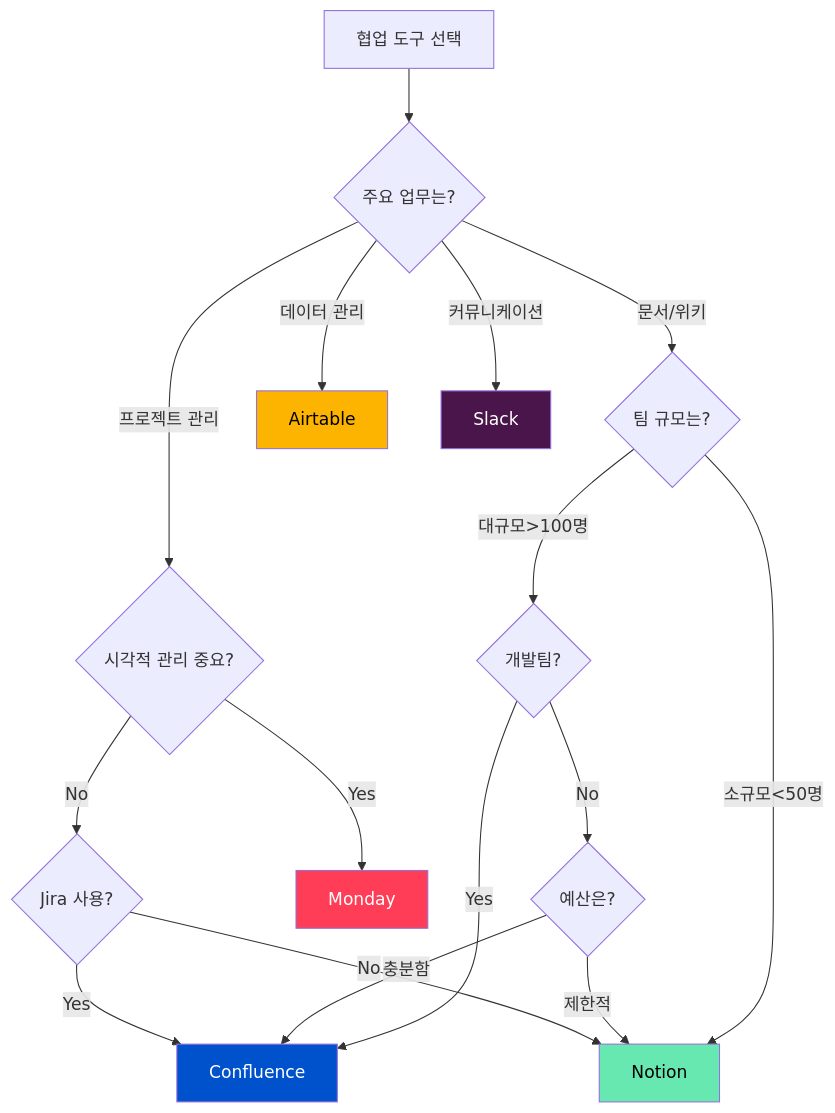
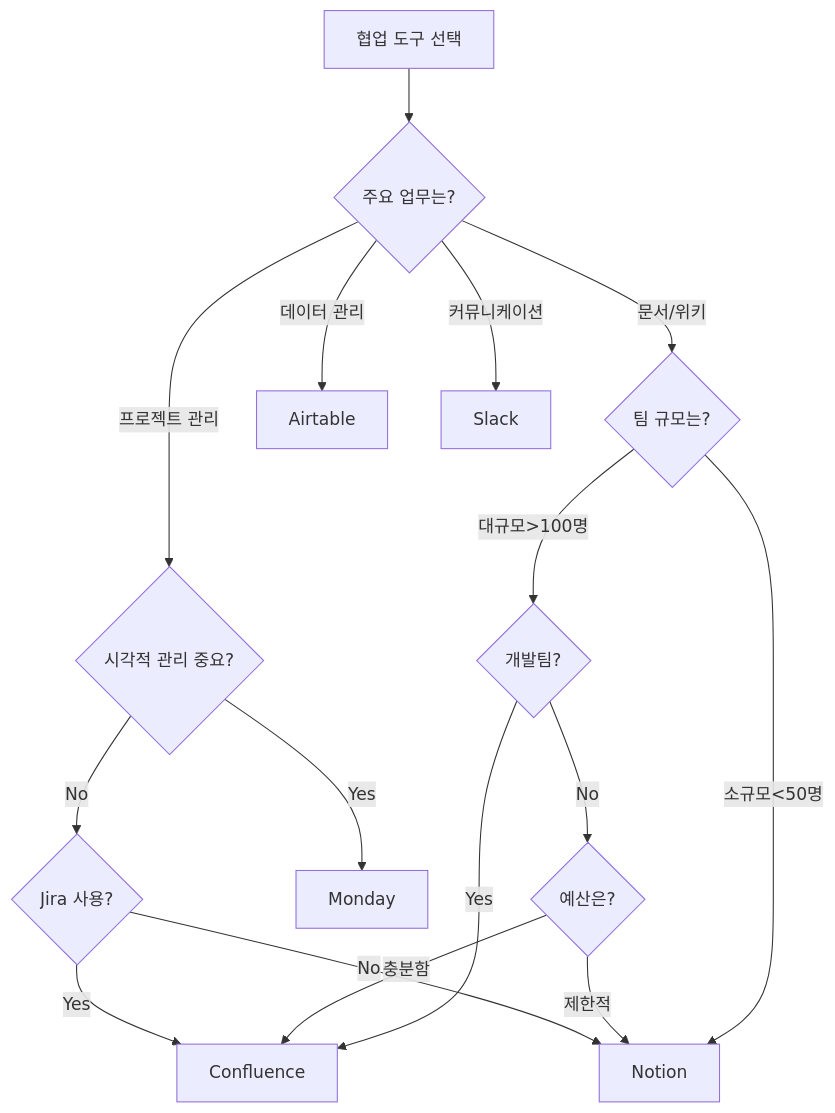
Diagram 17 of 20 in _md/genai-notion/chapter06/06-2.md (nugurejeil/weniVooks), drawn with Mermaid before and after one commit. The commit also changed other lines of this file and 187 other files, not shown here.

````diff
--- a/_md/genai-notion/chapter06/06-2.md
+++ b/_md/genai-notion/chapter06/06-2.md
@@ -767,30 +740,24 @@
 ```mermaid
 graph TD
     Start[협업 도구 선택] --> Q1{주요 업무는?}
 
     Q1 -->|문서/위키| Q2{팀 규모는?}
     Q1 -->|프로젝트 관리| Q3{시각적 관리 중요?}
     Q1 -->|데이터 관리| Airtable
     Q1 -->|커뮤니케이션| Slack
 
     Q2 -->|소규모<50명| Notion
     Q2 -->|대규모>100명| Q4{개발팀?}
 
     Q4 -->|Yes| Confluence
     Q4 -->|No| Q5{예산은?}
 
     Q5 -->|충분함| Confluence
     Q5 -->|제한적| Notion
 
     Q3 -->|Yes| Monday
     Q3 -->|No| Q6{Jira 사용?}
 
     Q6 -->|Yes| Confluence
     Q6 -->|No| Notion
-
-    style Notion fill:#67E8B1,color:#000
-    style Confluence fill:#0052CC,color:#fff
-    style Airtable fill:#FCB400,color:#000
-    style Monday fill:#FF3D57,color:#fff
-    style Slack fill:#4A154B,color:#fff
 ```
````
